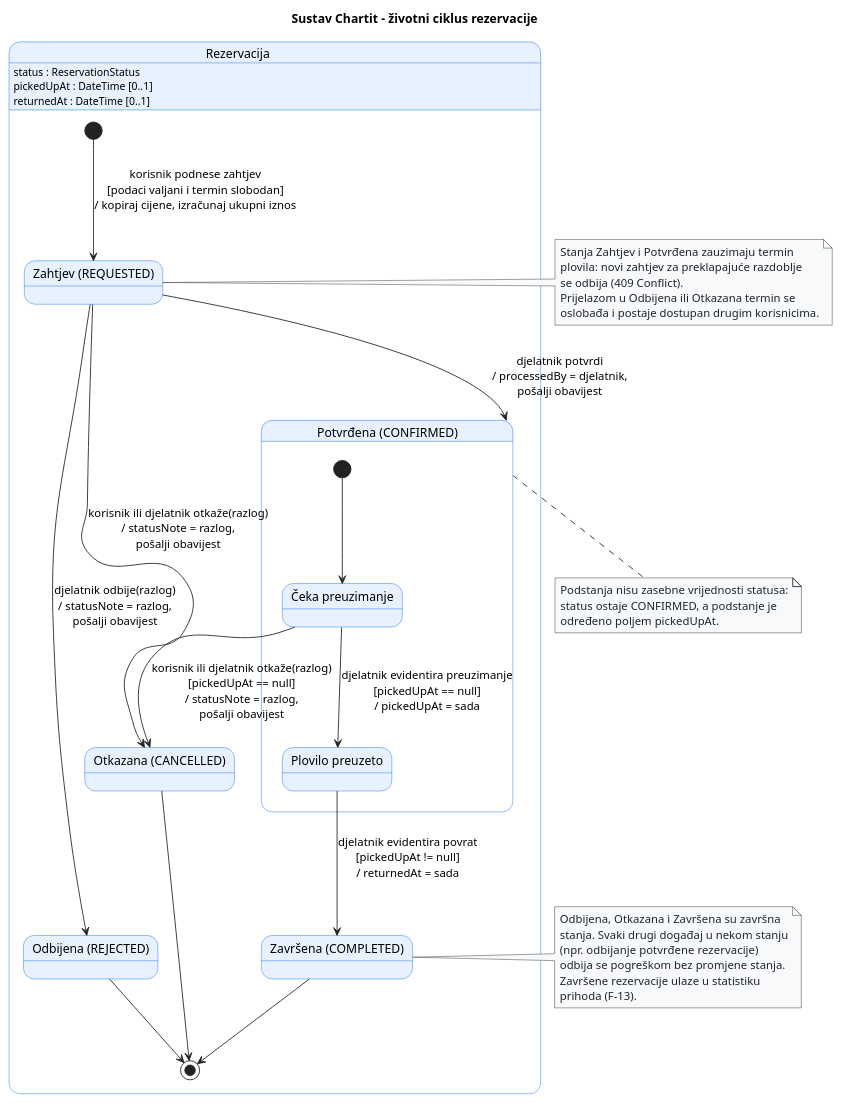
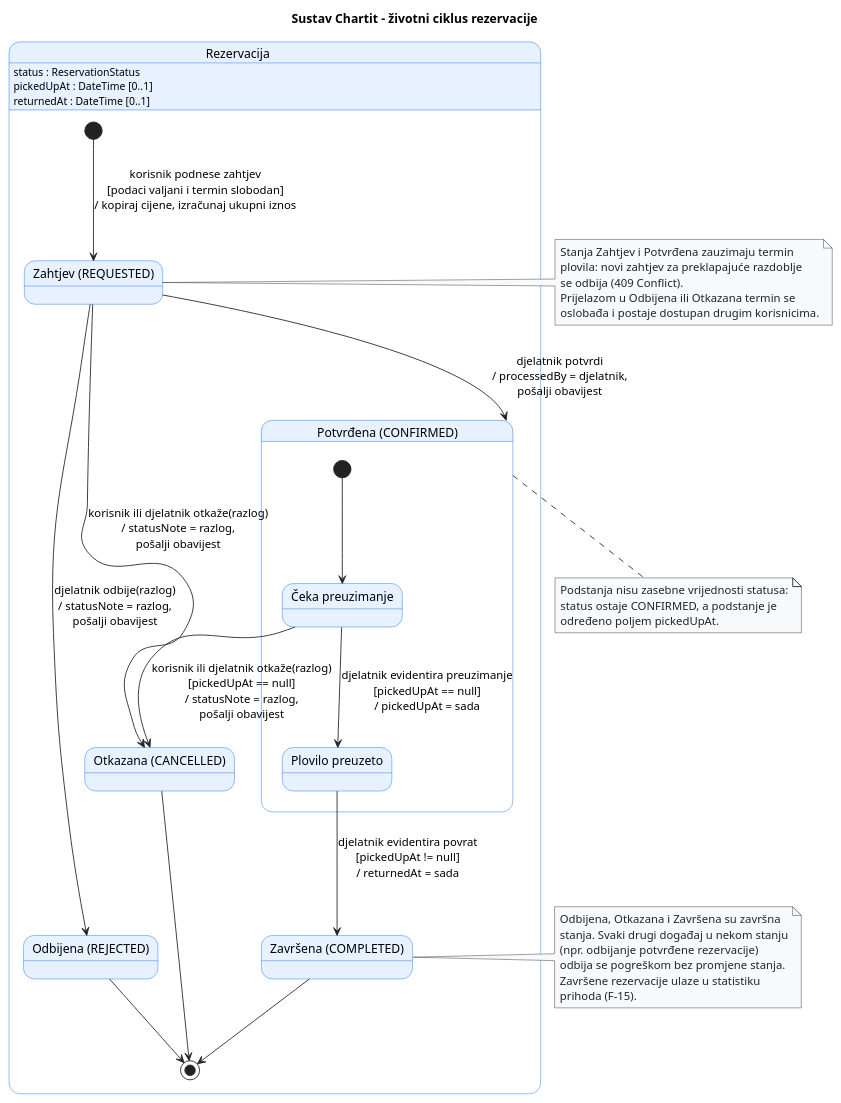
The diagram in docs/puml/4-5-chartit-reservation-SM.puml (tmpteamname1/ChartIt), drawn with PlantUML before and after one commit. The commit also changed other lines of this file and 4 other files, not shown here.

```diff
--- a/docs/puml/4-5-chartit-reservation-SM.puml
+++ b/docs/puml/4-5-chartit-reservation-SM.puml
@@ -18,91 +18,91 @@
 @startuml
 title Sustav Chartit – životni ciklus rezervacije
 
 skinparam shadowing false
 skinparam defaultFontName Arial
 skinparam ArrowColor #212529
 
 skinparam state {
     BackgroundColor #E7F1FF
     BorderColor #0D6EFD
 }
 
 skinparam note {
     BackgroundColor #F8F9FA
     BorderColor #212529
     FontColor #212529
 }
 
 ' ==============================================================================
 ' Kontekst objekta i varijable stanja
 ' ==============================================================================
 state "Rezervacija" as Life {
 
   Life : status : ReservationStatus
   Life : pickedUpAt : DateTime [0..1]
   Life : returnedAt : DateTime [0..1]
 
   ' Rezervacija nastaje tek ako su podaci valjani i termin slobodan
   ' (dijagram 4-4); neuspješni zahtjevi ne stvaraju objekt.
   [*] --> Requested : korisnik podnese zahtjev\n[podaci valjani i termin slobodan]\n/ kopiraj cijene, izračunaj ukupni iznos
 
   state "Zahtjev (REQUESTED)" as Requested
   state "Odbijena (REJECTED)" as Rejected
   state "Otkazana (CANCELLED)" as Cancelled
   state "Završena (COMPLETED)" as Completed
 
   ' ----------------------------------------------------------------------------
   ' Složeno stanje: status ostaje CONFIRMED, a podstanje određuje pickedUpAt.
   ' ----------------------------------------------------------------------------
   state "Potvrđena (CONFIRMED)" as Confirmed {
     state "Čeka preuzimanje" as AwaitingPickup
     state "Plovilo preuzeto" as PickedUp
 
     [*] --> AwaitingPickup
     AwaitingPickup --> PickedUp : djelatnik evidentira preuzimanje\n[pickedUpAt == null]\n/ pickedUpAt = sada
   }
 
   ' Obrada zahtjeva (djelatnik tvrtke kojoj pripada plovilo)
   Requested --> Confirmed : djelatnik potvrdi\n/ processedBy = djelatnik,\npošalji obavijest
   Requested --> Rejected : djelatnik odbije(razlog)\n/ statusNote = razlog,\npošalji obavijest
 
   ' Otkazivanje je dopušteno samo prije preuzimanja plovila.
   Requested --> Cancelled : korisnik ili djelatnik otkaže(razlog)\n/ statusNote = razlog,\npošalji obavijest
   AwaitingPickup --> Cancelled : korisnik ili djelatnik otkaže(razlog)\n[pickedUpAt == null]\n/ statusNote = razlog,\npošalji obavijest
 
   ' Povrat zatvara najam.
   PickedUp --> Completed : djelatnik evidentira povrat\n[pickedUpAt != null]\n/ returnedAt = sada
 
   Rejected --> [*]
   Cancelled --> [*]
   Completed --> [*]
 }
 
 ' ==============================================================================
 ' Ograničenja
 ' ==============================================================================
 
 note right of Requested
   Stanja Zahtjev i Potvrđena zauzimaju termin
   plovila: novi zahtjev za preklapajuće razdoblje
   se odbija (409 Conflict).
   Prijelazom u Odbijena ili Otkazana termin se
   oslobađa i postaje dostupan drugim korisnicima.
 end note
 
 note bottom of Confirmed
   Podstanja nisu zasebne vrijednosti statusa:
   status ostaje CONFIRMED, a podstanje je
   određeno poljem pickedUpAt.
 end note
 
 note right of Completed
   Odbijena, Otkazana i Završena su završna
   stanja. Svaki drugi događaj u nekom stanju
   (npr. odbijanje potvrđene rezervacije)
   odbija se pogreškom bez promjene stanja.
   Završene rezervacije ulaze u statistiku
-  prihoda (F-13).
+  prihoda (F-15).
 end note
 
 @enduml
```
